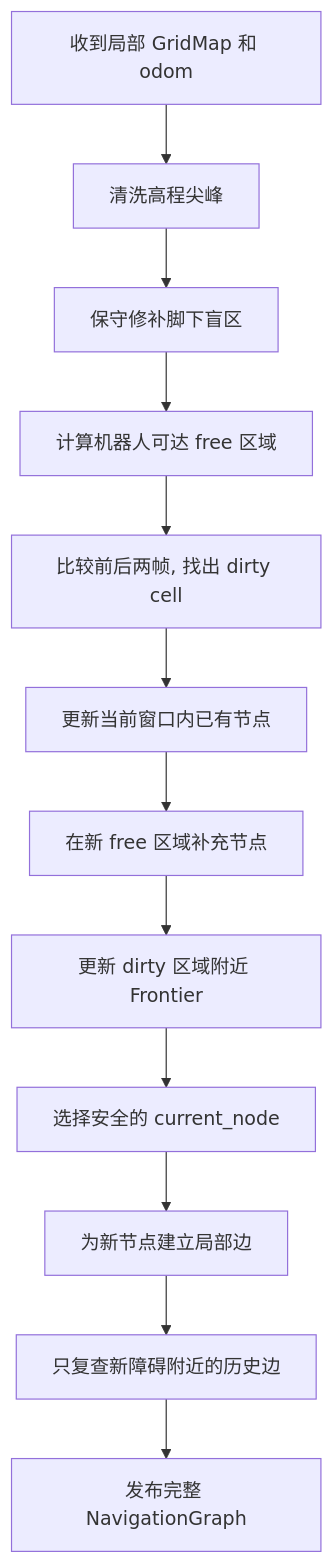
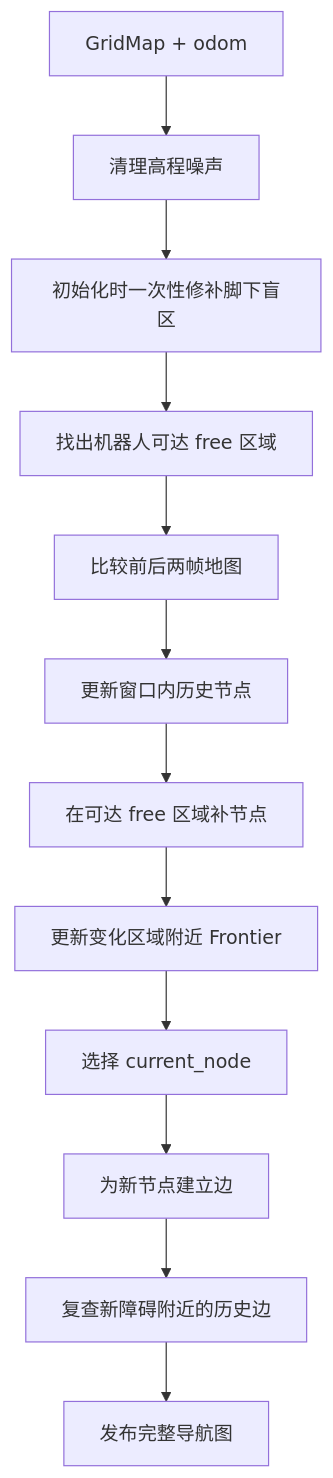
The diagram in graph_construction/docs/details/graph_update.md (wycaca/wildos), drawn with Mermaid before and after one commit. The commit also changed other lines of this file and 6 other files, not shown here.

Commit message:
优化导航图局部更新与初始化修补

````diff
--- a/graph_construction/docs/details/graph_update.md
+++ b/graph_construction/docs/details/graph_update.md
@@ -82,14 +68,14 @@
 ```mermaid
 flowchart TD
-    A["收到局部 GridMap 和 odom"] --> B["清洗高程尖峰"]
-    B --> C["保守修补脚下盲区"]
-    C --> D["计算机器人可达 free 区域"]
-    D --> E["比较前后两帧, 找出 dirty cell"]
-    E --> F["更新当前窗口内已有节点"]
-    F --> G["在新 free 区域补充节点"]
-    G --> H["更新 dirty 区域附近 Frontier"]
-    H --> I["选择安全的 current_node"]
-    I --> J["为新节点建立局部边"]
-    J --> K["只复查新障碍附近的历史边"]
-    K --> L["发布完整 NavigationGraph"]
+    A["GridMap + odom"] --> B["清理高程噪声"]
+    B --> C["初始化时一次性修补脚下盲区"]
+    C --> D["找出机器人可达 free 区域"]
+    D --> E["比较前后两帧地图"]
+    E --> F["更新窗口内历史节点"]
+    F --> G["在可达 free 区域补节点"]
+    G --> H["更新变化区域附近 Frontier"]
+    H --> I["选择 current_node"]
+    I --> J["为新节点建立边"]
+    J --> K["复查新障碍附近的历史边"]
+    K --> L["发布完整导航图"]
 ```
````
